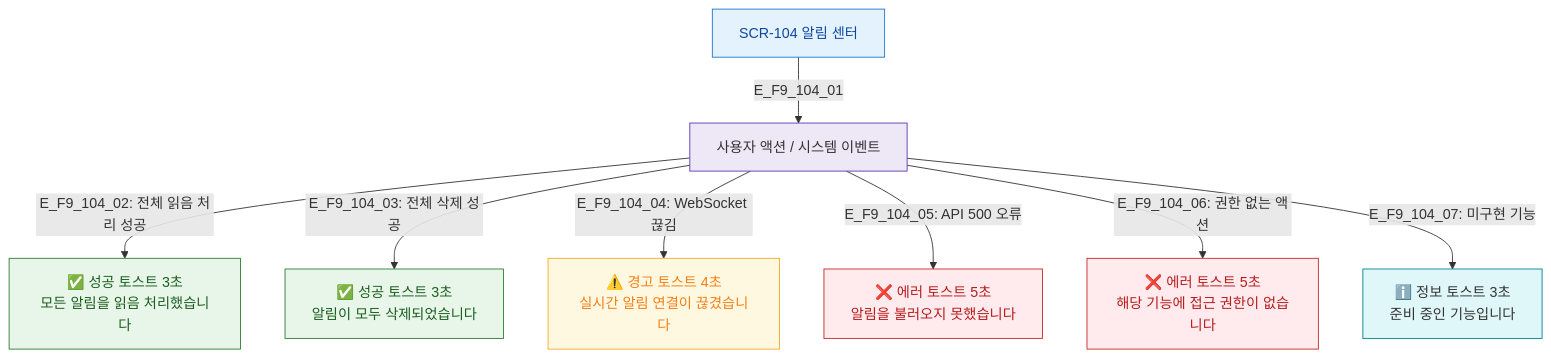
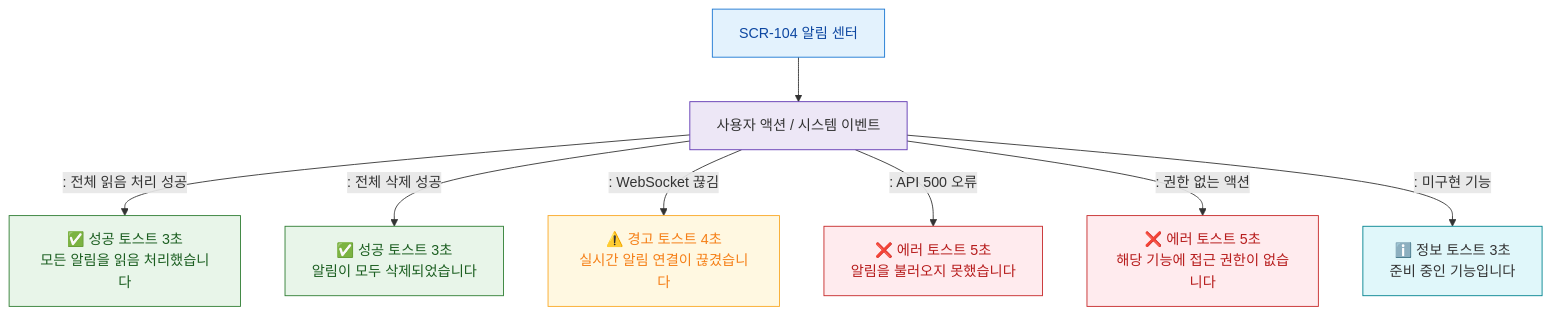
One commit to dev-spogym/admin-pando changed the diagram in docs/다이어그램/D01_공통/SCR-104_알림센터/F9_토스트.md. Above: the diagram before and after it, drawn with Mermaid. The commit also changed other lines of this file and 1660 other files, not shown here.

First line of the commit message:
다이어그램: 기획자/클라이언트 납품본으로 정리

````diff
--- a/docs/다이어그램/D01_공통/SCR-104_알림센터/F9_토스트.md
+++ b/docs/다이어그램/D01_공통/SCR-104_알림센터/F9_토스트.md
@@ -19,27 +17,27 @@
 ```mermaid
 flowchart TD
-    SCR_104[SCR-104 알림 센터] -->|E_F9_104_01| ACTIONS[사용자 액션 / 시스템 이벤트]
+    SCR_104[SCR-104 알림 센터] --> ACTIONS[사용자 액션 / 시스템 이벤트]
 
-    ACTIONS -->|"E_F9_104_02: 전체 읽음 처리 성공"| T_SUCCESS_1[✅ 성공 토스트 3초\n모든 알림을 읽음 처리했습니다]
-    ACTIONS -->|"E_F9_104_03: 전체 삭제 성공"| T_SUCCESS_2[✅ 성공 토스트 3초\n알림이 모두 삭제되었습니다]
+    ACTIONS -->|": 전체 읽음 처리 성공"|T_SUCCESS_1[✅ 성공 토스트 3초\n모든 알림을 읽음 처리했습니다]
+    ACTIONS -->|": 전체 삭제 성공"|T_SUCCESS_2[✅ 성공 토스트 3초\n알림이 모두 삭제되었습니다]
 
-    ACTIONS -->|"E_F9_104_04: WebSocket 끊김"| T_WARN_1[⚠️ 경고 토스트 4초\n실시간 알림 연결이 끊겼습니다]
+    ACTIONS -->|": WebSocket 끊김"|T_WARN_1[⚠️ 경고 토스트 4초\n실시간 알림 연결이 끊겼습니다]
 
-    ACTIONS -->|"E_F9_104_05: API 500 오류"| T_ERR_1[❌ 에러 토스트 5초\n알림을 불러오지 못했습니다]
-    ACTIONS -->|"E_F9_104_06: 권한 없는 액션"| T_ERR_2[❌ 에러 토스트 5초\n해당 기능에 접근 권한이 없습니다]
+    ACTIONS -->|": API 500 오류"|T_ERR_1[❌ 에러 토스트 5초\n알림을 불러오지 못했습니다]
+    ACTIONS -->|": 권한 없는 액션"|T_ERR_2[❌ 에러 토스트 5초\n해당 기능에 접근 권한이 없습니다]
 
-    ACTIONS -->|"E_F9_104_07: 미구현 기능"| T_INFO_1[ℹ️ 정보 토스트 3초\n준비 중인 기능입니다]
+    ACTIONS -->|": 미구현 기능"|T_INFO_1[ℹ️ 정보 토스트 3초\n준비 중인 기능입니다]
 
     classDef success fill:#E8F5E9,stroke:#2E7D32,color:#1B5E20
     classDef warning fill:#FFF8E1,stroke:#F9A825,color:#F57F17
-    classDef error   fill:#FFEBEE,stroke:#C62828,color:#B71C1C
-    classDef info    fill:#E0F7FA,stroke:#00838F
-    classDef screen  fill:#E3F2FD,stroke:#1976D2,color:#0D47A1
-    classDef system  fill:#EDE7F6,stroke:#5E35B2
+    classDef error fill:#FFEBEE,stroke:#C62828,color:#B71C1C
+    classDef info fill:#E0F7FA,stroke:#00838F
+    classDef screen fill:#E3F2FD,stroke:#1976D2,color:#0D47A1
+    classDef system fill:#EDE7F6,stroke:#5E35B2
     class T_SUCCESS_1,T_SUCCESS_2 success
     class T_WARN_1 warning
     class T_ERR_1,T_ERR_2 error
     class T_INFO_1 info
     class SCR_104 screen
     class ACTIONS system
 ```
````
